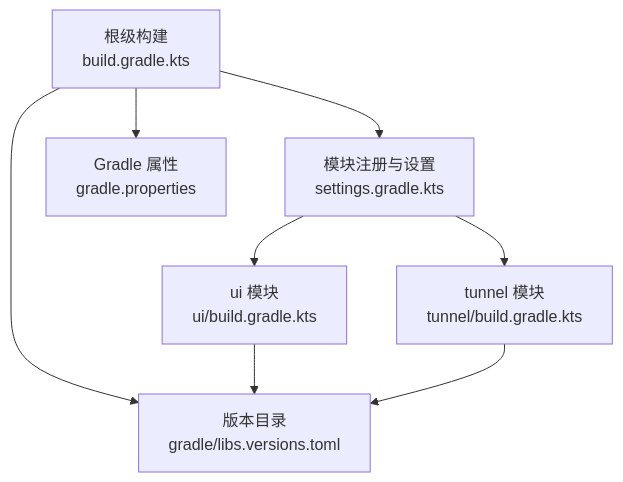
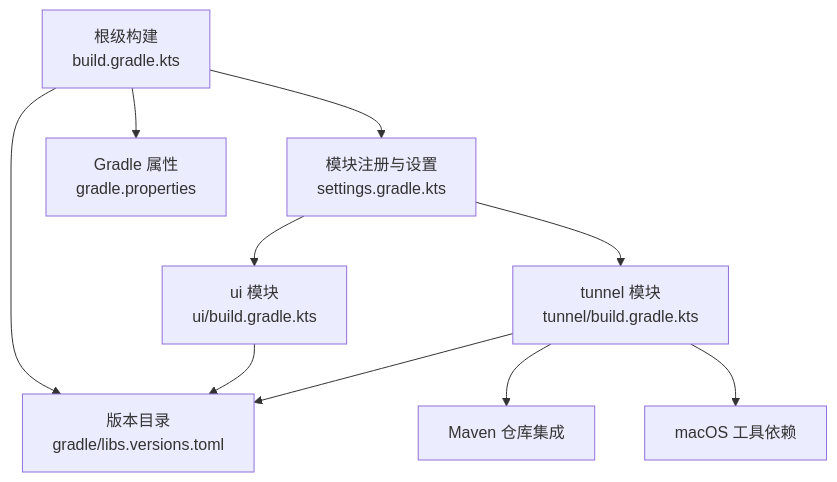
Before and after one commit to tea4go/wireguard-android: the first of 3 diagrams in .qoder/repowiki/zh/content/开发指南/构建系统配置.md, drawn with Mermaid. The commit also changed other lines of this file and 4 other files, not shown here.

````diff
--- a/.qoder/repowiki/zh/content/开发指南/构建系统配置.md
+++ b/.qoder/repowiki/zh/content/开发指南/构建系统配置.md
@@ -38,10 +46,12 @@
 ```mermaid
 graph TB
 root["根级构建<br/>build.gradle.kts"] --> settings["模块注册与设置<br/>settings.gradle.kts"]
 root --> props["Gradle 属性<br/>gradle.properties"]
 root --> versions["版本目录<br/>gradle/libs.versions.toml"]
 settings --> ui_mod["ui 模块<br/>ui/build.gradle.kts"]
 settings --> tunnel_mod["tunnel 模块<br/>tunnel/build.gradle.kts"]
 ui_mod --> versions
 tunnel_mod --> versions
+tunnel_mod --> maven["Maven 仓库集成"]
+tunnel_mod --> macos["macOS 工具依赖"]
 ```
````
